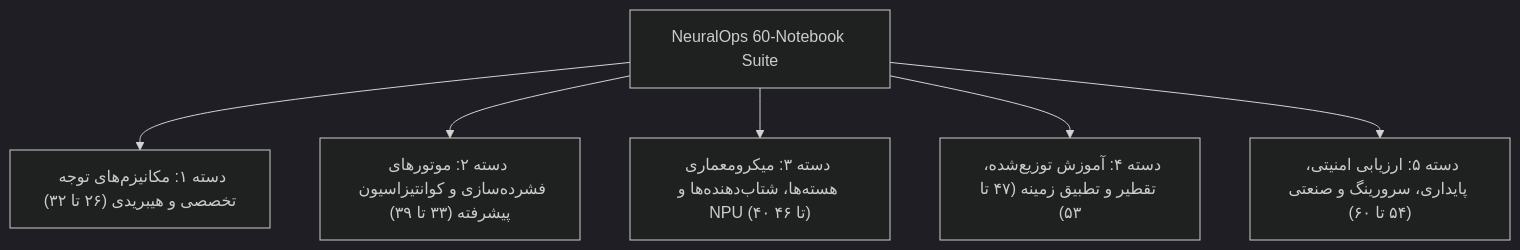
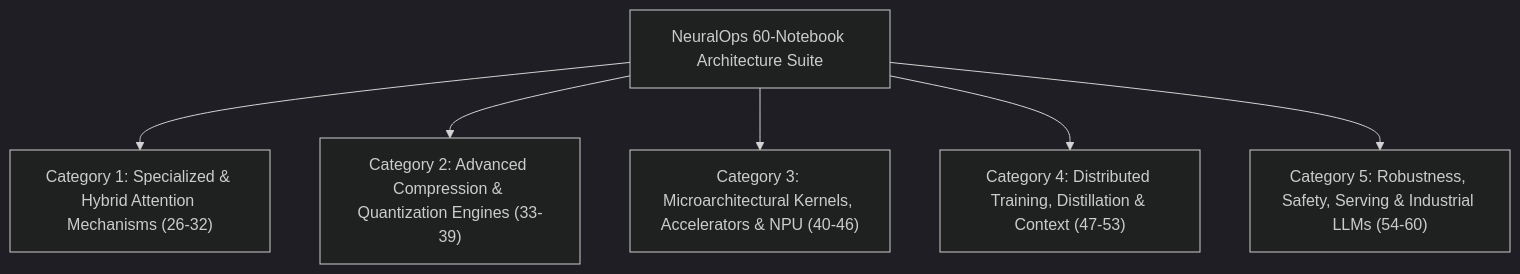
Before and after one commit to tahamajs/NeuralOps: the first of 2 diagrams in notebooks/NOTEBOOKS_COMPREHENSIVE_CATALOG_AND_60_EXPANSION_ROADMAP.md, drawn with Mermaid (dark theme). The commit also changed other lines of this file, not shown here.

Commit message:
docs(notebooks): rewrite comprehensive catalog and 60-expansion roadmap into publication-grade English

````diff
--- a/notebooks/NOTEBOOKS_COMPREHENSIVE_CATALOG_AND_60_EXPANSION_ROADMAP.md
+++ b/notebooks/NOTEBOOKS_COMPREHENSIVE_CATALOG_AND_60_EXPANSION_ROADMAP.md
@@ -370,9 +357,9 @@
 ```mermaid
 flowchart TD
-    Root["NeuralOps 60-Notebook Suite"]
-    Root --> G1["دسته ۱: مکانیزم‌های توجه تخصصی و هیبریدی (۲۶ تا ۳۲)"]
-    Root --> G2["دسته ۲: موتورهای فشرده‌سازی و کوانتیزاسیون پیشرفته (۳۳ تا ۳۹)"]
-    Root --> G3["دسته ۳: میکرومعماری هسته‌ها، شتاب‌دهنده‌ها و NPU (۴۰ تا ۴۶)"]
-    Root --> G4["دسته ۴: آموزش توزیع‌شده، تقطیر و تطبیق زمینه (۴۷ تا ۵۳)"]
-    Root --> G5["دسته ۵: ارزیابی امنیتی، پایداری، سرورینگ و صنعتی (۵۴ تا ۶۰)"]
+    Root["NeuralOps 60-Notebook Architecture Suite"]
+    Root --> G1["Category 1: Specialized & Hybrid Attention Mechanisms (26-32)"]
+    Root --> G2["Category 2: Advanced Compression & Quantization Engines (33-39)"]
+    Root --> G3["Category 3: Microarchitectural Kernels, Accelerators & NPU (40-46)"]
+    Root --> G4["Category 4: Distributed Training, Distillation & Context (47-53)"]
+    Root --> G5["Category 5: Robustness, Safety, Serving & Industrial LLMs (54-60)"]
 ```
````
